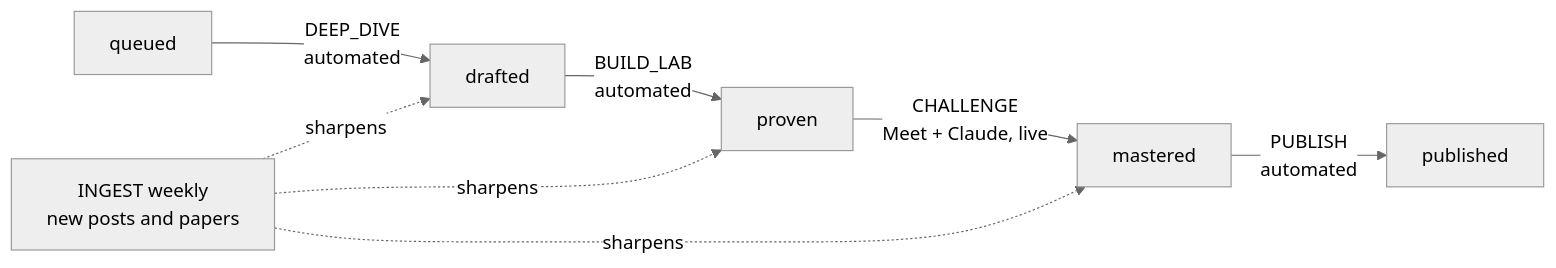
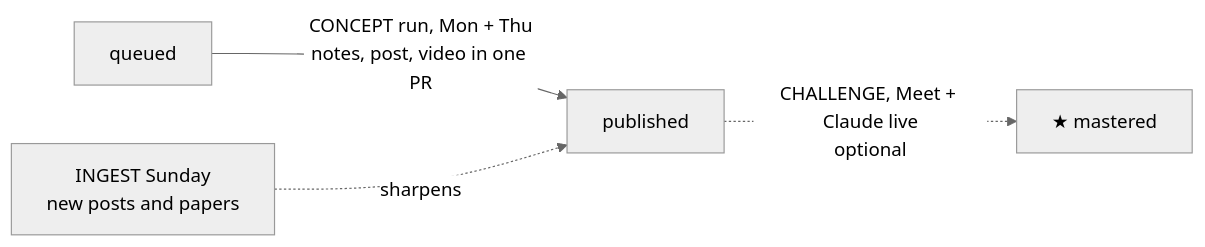
Before and after one commit to MeetSoneji/architect-playbook: the diagram in README.md, drawn with Mermaid (neutral theme). The commit also changed other lines of this file and 33 other files, not shown here.

First line of the commit message:
Serial two-a-week pipeline: tracks, case studies, no lab, standard video ending

````diff
--- a/README.md
+++ b/README.md
@@ -18,8 +19,6 @@
 ```mermaid
 flowchart LR
-  Q[queued] -->|DEEP_DIVE<br/>automated| D[drafted]
-  D -->|BUILD_LAB<br/>automated| P[proven]
-  P -->|CHALLENGE<br/>Meet + Claude, live| M[mastered]
-  M -->|PUBLISH<br/>automated| X[published]
-  I[INGEST weekly<br/>new posts and papers] -. sharpens .-> D & P & M
+  Q[queued] -->|CONCEPT run, Mon + Thu<br/>notes, post, video in one PR| X[published]
+  X -.->|CHALLENGE, Meet + Claude live<br/>optional| M[★ mastered]
+  I[INGEST Sunday<br/>new posts and papers] -. sharpens .-> X
 ```
````
